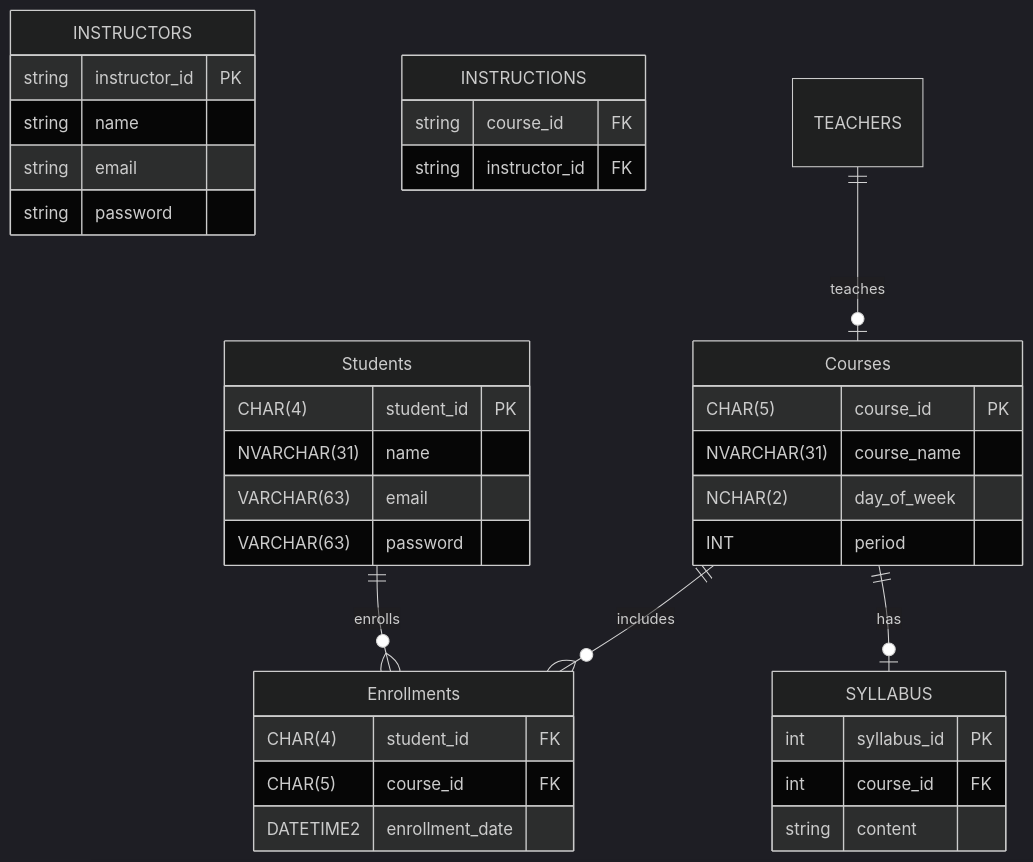
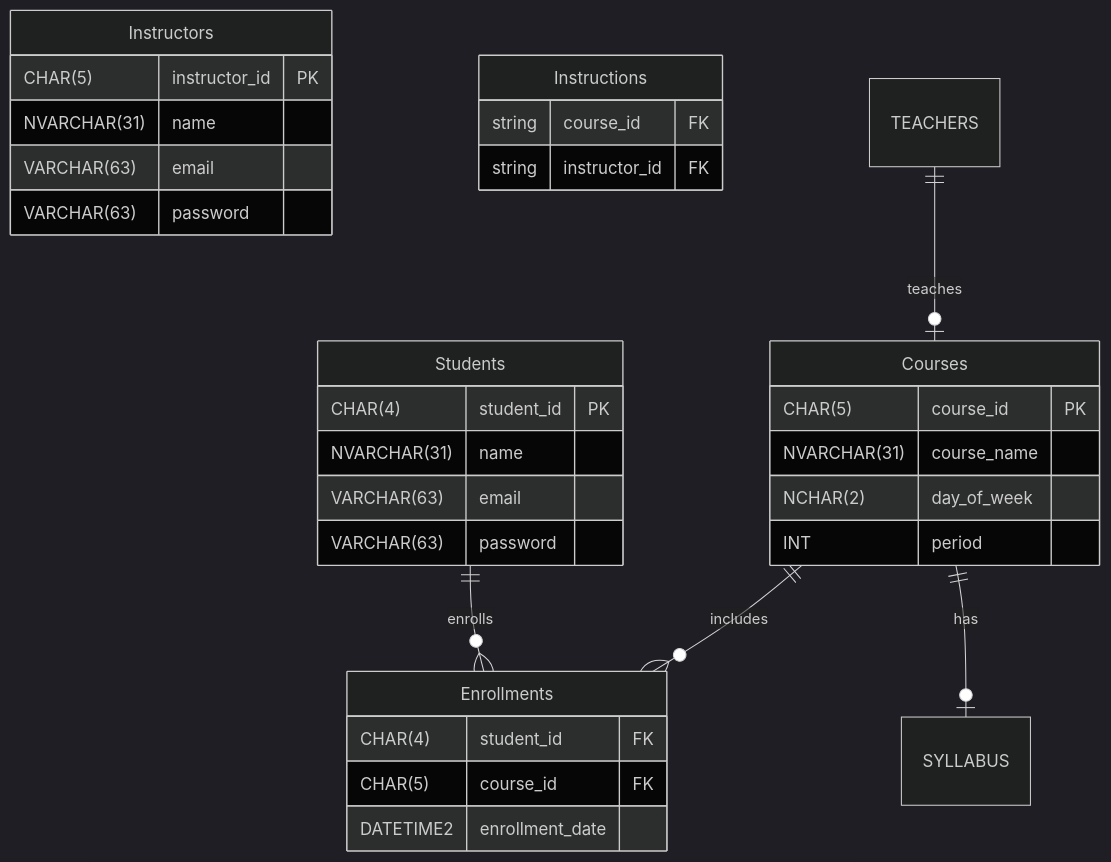
Before and after one commit to takayanag-i/classroomApp: the diagram in docs/ER-diagram.md, drawn with Mermaid (dark theme). The commit also changed 15 other files, not shown here.

````diff
--- a/docs/ER-diagram.md
+++ b/docs/ER-diagram.md
@@ -1,45 +1,39 @@
 ```mermaid
 erDiagram
     Students {
         CHAR(4) student_id PK
         NVARCHAR(31) name
         VARCHAR(63) email
         VARCHAR(63) password
     }
     
-    INSTRUCTORS {
-        string instructor_id PK
-        string name
-        string email
-        string password
+    Instructors {
+        CHAR(5) instructor_id PK
+        NVARCHAR(31) name
+        VARCHAR(63) email
+        VARCHAR(63) password
     }
         
     Courses {
         CHAR(5) course_id PK
         NVARCHAR(31) course_name
         NCHAR(2) day_of_week
         INT period
     }
     
     Enrollments {
         CHAR(4) student_id FK
         CHAR(5) course_id FK
         DATETIME2 enrollment_date
     }
 
-    INSTRUCTIONS {
+    Instructions {
         string course_id FK
         string instructor_id FK
     }
-    
-    SYLLABUS {
-        int syllabus_id PK
-        int course_id FK
-        string content
-    }
-    
+        
     Students ||--o{ Enrollments : enrolls
     Courses ||--o{ Enrollments : includes
     TEACHERS ||--o| Courses : teaches
     Courses ||--o| SYLLABUS : has
 ```
````
